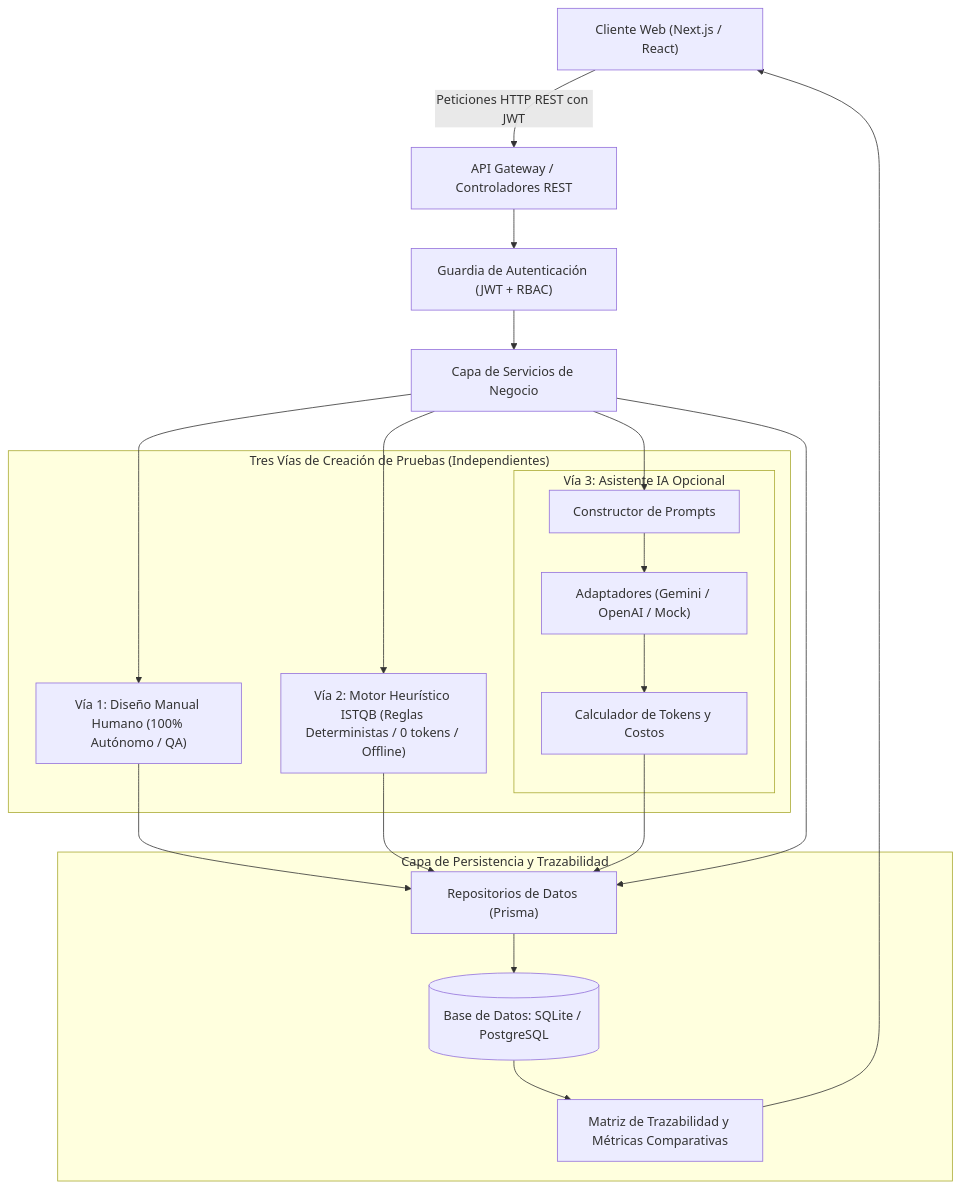
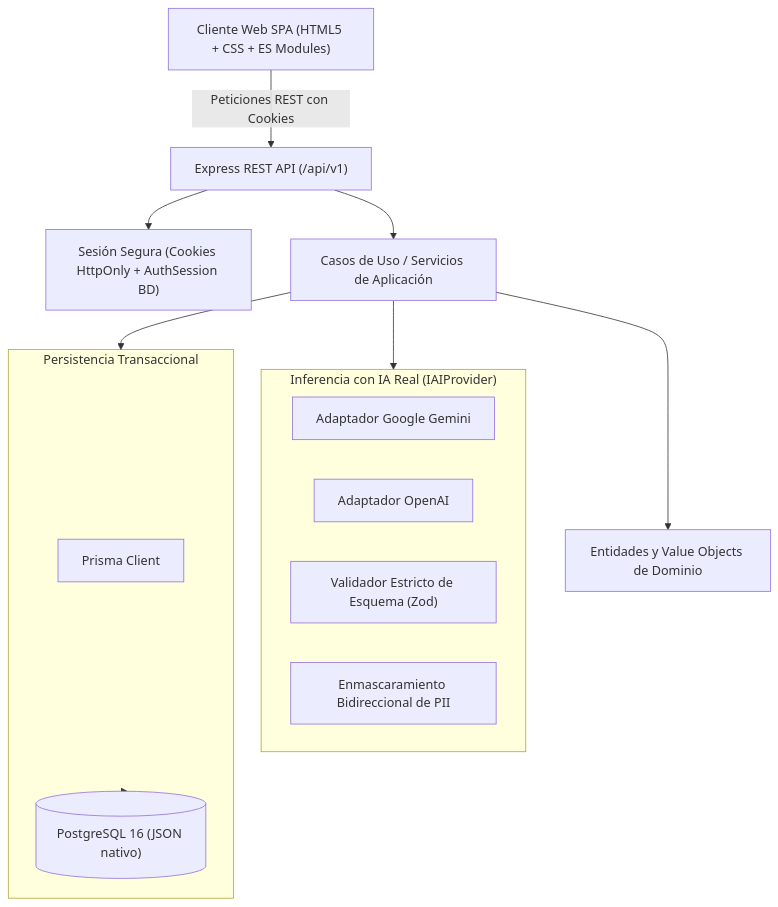
Before and after one commit to manuelandredp-gif/calidad: the diagram in docs/ARQUITECTURA_TECNICA.md, drawn with Mermaid. The commit also changed other lines of this file and 154 other files, not shown here.

First line of the commit message:
feat(mvp): consolidacion TestGenAI MVP real segun README_FLORES_DONGO

````diff
--- a/docs/ARQUITECTURA_TECNICA.md
+++ b/docs/ARQUITECTURA_TECNICA.md
@@ -42,42 +14,28 @@
 ```mermaid
 graph TD
-    Client["Cliente Web (Next.js / React)"]
-    API["API Gateway / Controladores REST"]
-    AuthGuard["Guardia de Autenticación (JWT + RBAC)"]
-    ServiceLayer["Capa de Servicios de Negocio"]
+    Client["Cliente Web SPA (HTML5 + CSS + ES Modules)"]
+    API["Express REST API (/api/v1)"]
+    AuthCookie["Sesión Segura (Cookies HttpOnly + AuthSession BD)"]
+    UseCases["Casos de Uso / Servicios de Aplicación"]
+    Domain["Entidades y Value Objects de Dominio"]
     
-    subgraph TestGenerationPathways ["Tres Vías de Creación de Pruebas (Independientes)"]
-        ManualFlow["Vía 1: Diseño Manual Humano (100% Autónomo / QA)"]
-        HeuristicEngine["Vía 2: Motor Heurístico ISTQB (Reglas Deterministas / 0 tokens / Offline)"]
-        
-        subgraph AIEngine ["Vía 3: Asistente IA Opcional"]
-            PromptBuilder["Constructor de Prompts"]
-            AdapterManager["Adaptadores (Gemini / OpenAI / Mock)"]
-            CostCalculator["Calculador de Tokens y Costos"]
-        end
+    subgraph AIInference ["Inferencia con IA Real (IAIProvider)"]
+        GeminiAdapter["Adaptador Google Gemini"]
+        OpenAIAdapter["Adaptador OpenAI"]
+        ZodValidator["Validador Estricto de Esquema (Zod)"]
+        PIIMasker["Enmascaramiento Bidireccional de PII"]
     end
 
-    subgraph DataAccess ["Capa de Persistencia y Trazabilidad"]
-        Repo["Repositorios de Datos (Prisma)"]
-        DB[(Base de Datos: SQLite / PostgreSQL)]
-        Traceability["Matriz de Trazabilidad y Métricas Comparativas"]
+    subgraph DataAccess ["Persistencia Transaccional"]
+        PrismaORM["Prisma Client"]
+        PostgresDB[("PostgreSQL 16 (JSON nativo)")]
     end
 
-    Client -->|Peticiones HTTP REST con JWT| API
-    API --> AuthGuard
-    AuthGuard --> ServiceLayer
-    
-    ServiceLayer --> ManualFlow
-    ServiceLayer --> HeuristicEngine
-    ServiceLayer --> PromptBuilder
-    PromptBuilder --> AdapterManager
-    AdapterManager --> CostCalculator
-
-    ManualFlow --> Repo
-    HeuristicEngine --> Repo
-    CostCalculator --> Repo
-    ServiceLayer --> Repo
-    Repo --> DB
-    DB --> Traceability
-    Traceability --> Client
+    Client -->|Peticiones REST con Cookies| API
+    API --> AuthCookie
+    API --> UseCases
+    UseCases --> Domain
+    UseCases --> AIInference
+    UseCases --> DataAccess
+    DataAccess --> PostgresDB
 ```
````
